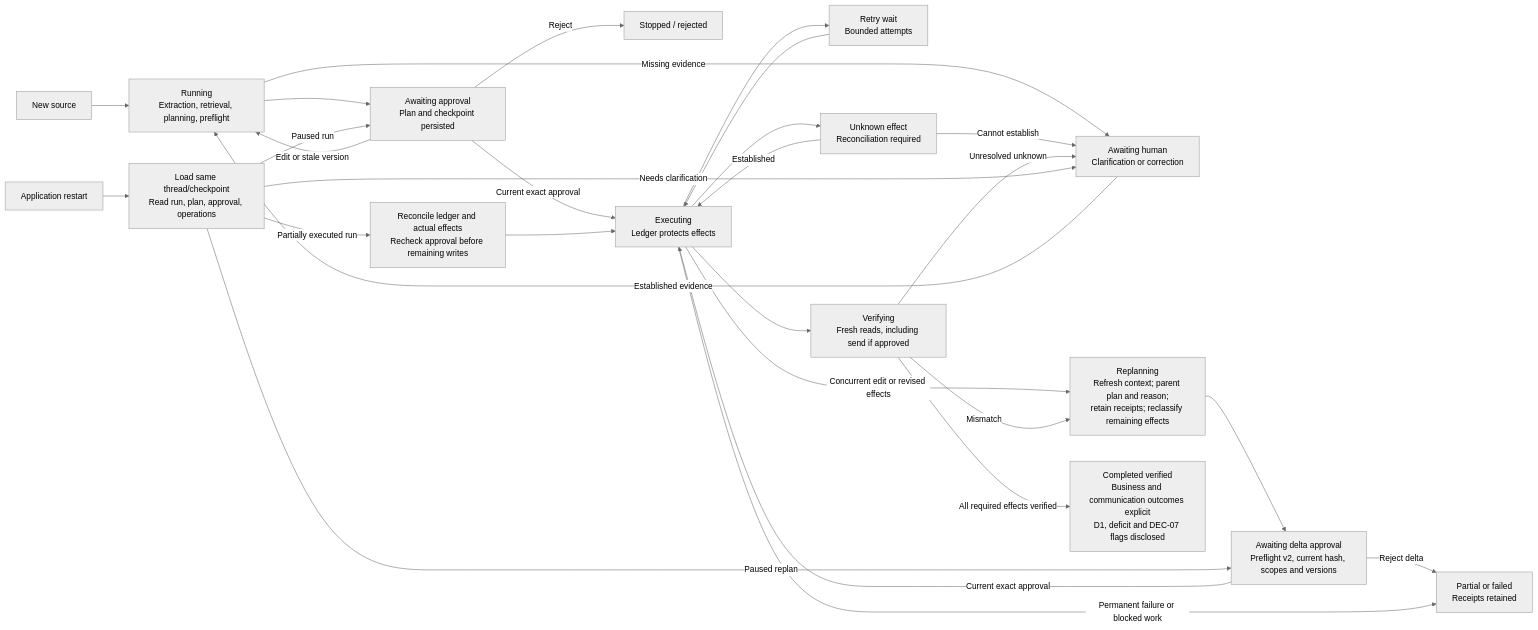
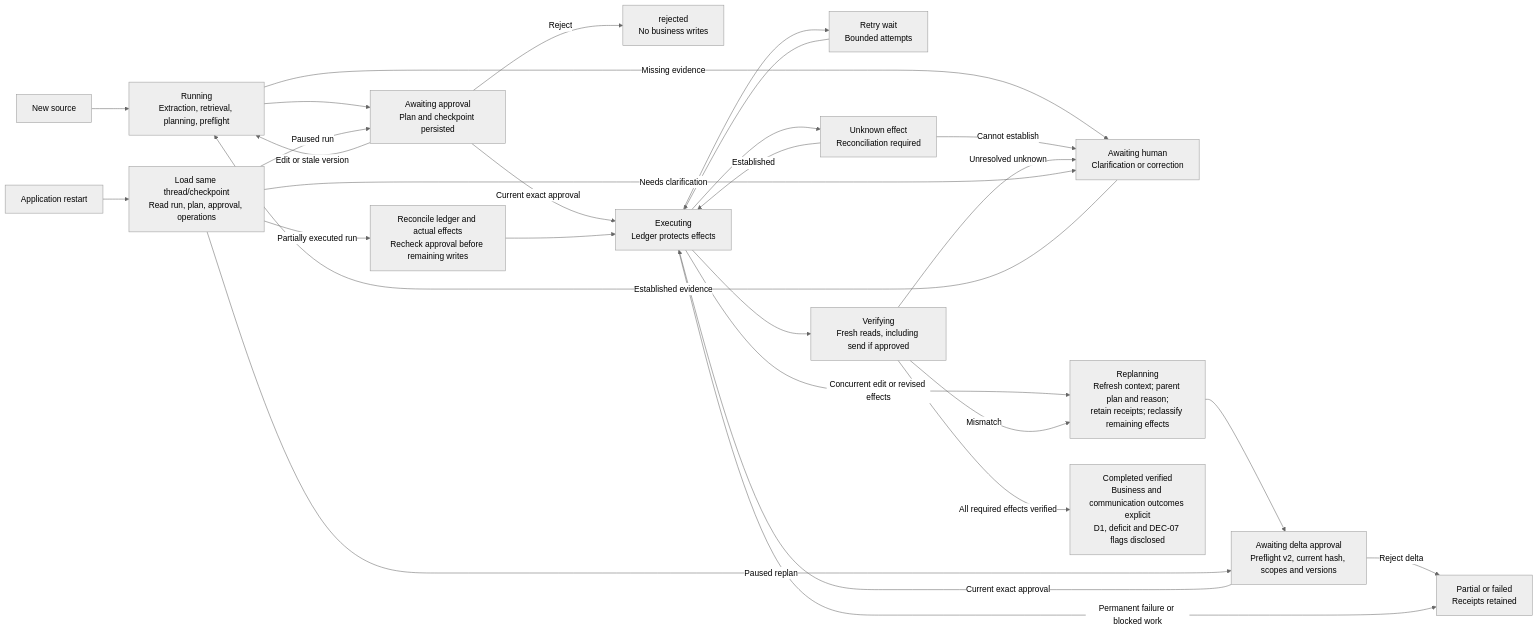
The tenth of 10 diagrams in temp/PROJECT_B_SYSTEM_FLOWCHART.md (Adarsh-Saurabh/HackInnovision26-MetaVision), drawn with Mermaid (neutral theme) before and after one commit. The commit also changed other lines of this file and 2 other files, not shown here.

First line of the commit message:
Align system flowchart with blueprint and add simple architecture guide

````diff
--- a/temp/PROJECT_B_SYSTEM_FLOWCHART.md
+++ b/temp/PROJECT_B_SYSTEM_FLOWCHART.md
@@ -593,30 +608,30 @@
 ```mermaid
 flowchart LR
     START["New source"] --> RUN["Running<br/>Extraction, retrieval, planning, preflight"]
     RUN -->|Missing evidence| HUMAN["Awaiting human<br/>Clarification or correction"]
     HUMAN -->|Established evidence| RUN
     RUN --> APPROVAL["Awaiting approval<br/>Plan and checkpoint persisted"]
-    APPROVAL -->|Reject| STOP["Stopped / rejected"]
+    APPROVAL -->|Reject| STOP["rejected<br/>No business writes"]
     APPROVAL -->|Edit or stale version| RUN
     APPROVAL -->|Current exact approval| EXEC["Executing<br/>Ledger protects effects"]
     EXEC --> RETRY["Retry wait<br/>Bounded attempts"]
     RETRY --> EXEC
     EXEC --> UNKNOWN["Unknown effect<br/>Reconciliation required"]
     UNKNOWN -->|Established| EXEC
     UNKNOWN -->|Cannot establish| HUMAN
     EXEC -->|Concurrent edit or revised effects| REPLAN["Replanning<br/>Refresh context; parent plan and reason;<br/>retain receipts; reclassify remaining effects"]
     REPLAN --> DELTA["Awaiting delta approval<br/>Preflight v2, current hash, scopes and versions"]
     DELTA -->|Current exact approval| EXEC
     DELTA -->|Reject delta| PART
     EXEC -->|Permanent failure or blocked work| PART["Partial or failed<br/>Receipts retained"]
     EXEC --> VERIFY["Verifying<br/>Fresh reads, including send if approved"]
     VERIFY -->|Mismatch| REPLAN
     VERIFY -->|Unresolved unknown| HUMAN
     VERIFY -->|All required effects verified| COMPLETE["Completed verified<br/>Business and communication outcomes explicit<br/>D1, deficit and DEC-07 flags disclosed"]
     RESTART["Application restart"] --> RESUME["Load same thread/checkpoint<br/>Read run, plan, approval, operations"]
     RESUME -->|Paused run| APPROVAL
     RESUME -->|Paused replan| DELTA
     RESUME -->|Needs clarification| HUMAN
     RESUME -->|Partially executed run| RECON["Reconcile ledger and actual effects<br/>Recheck approval before remaining writes"]
     RECON --> EXEC
 ```
````
